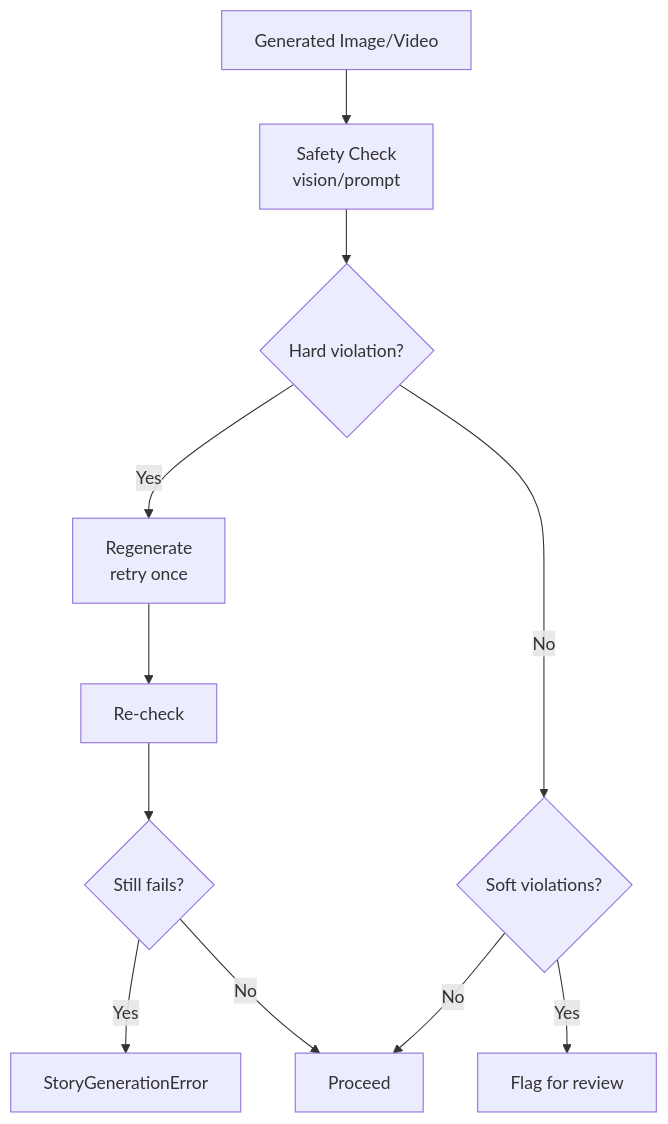
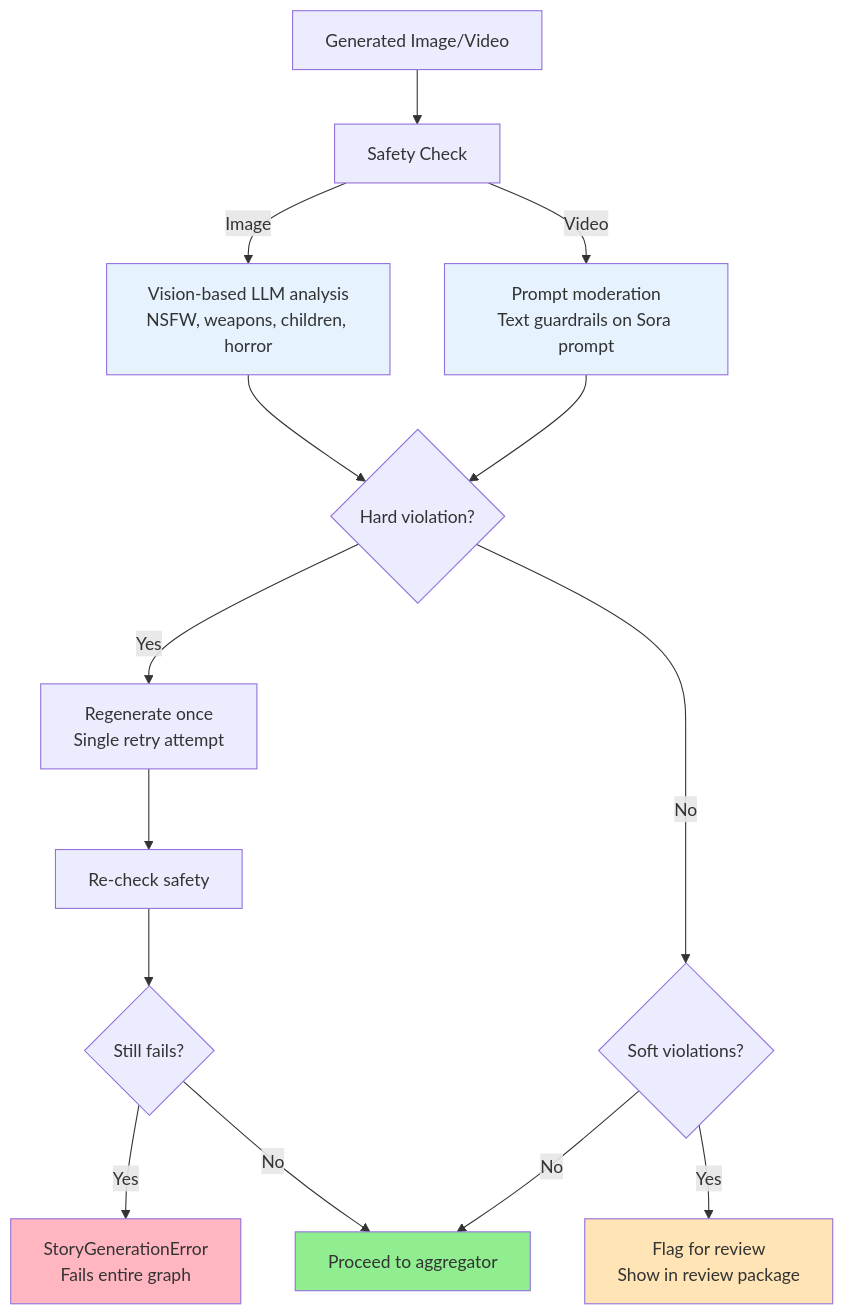
Before and after one commit to kanavkalra-in/kids_story_agent: the third of 3 diagrams in docs/guardrails.md, drawn with Mermaid. The commit also changed other lines of this file and 3 other files, not shown here.

````diff
--- a/docs/guardrails.md
+++ b/docs/guardrails.md
@@ -427,13 +434,24 @@
 ```mermaid
 graph TD
-    START["Generated Image/Video"] --> CHECK["Safety Check<br/>vision/prompt"]
-    CHECK --> HARD_CHECK{"Hard violation?"}
-    HARD_CHECK -->|Yes| RETRY["Regenerate<br/>retry once"]
-    RETRY --> RE_CHECK["Re-check"]
+    START["Generated Image/Video"] --> CHECK["Safety Check"]
+    CHECK -->|Image| IMG_CHECK["Vision-based LLM analysis<br/>NSFW, weapons, children, horror"]
+    CHECK -->|Video| VID_CHECK["Prompt moderation<br/>Text guardrails on Sora prompt"]
+    
+    IMG_CHECK --> HARD_CHECK{"Hard violation?"}
+    VID_CHECK --> HARD_CHECK
+    
+    HARD_CHECK -->|Yes| RETRY["Regenerate once<br/>Single retry attempt"]
+    RETRY --> RE_CHECK["Re-check safety"]
     RE_CHECK --> STILL_FAILS{"Still fails?"}
-    STILL_FAILS -->|Yes| ERROR["StoryGenerationError"]
-    STILL_FAILS -->|No| PROCEED["Proceed"]
+    STILL_FAILS -->|Yes| ERROR["StoryGenerationError<br/>Fails entire graph"]
+    STILL_FAILS -->|No| PROCEED["Proceed to aggregator"]
     HARD_CHECK -->|No| SOFT_CHECK{"Soft violations?"}
-    SOFT_CHECK -->|Yes| FLAG["Flag for review"]
+    SOFT_CHECK -->|Yes| FLAG["Flag for review<br/>Show in review package"]
     SOFT_CHECK -->|No| PROCEED
+    
+    style IMG_CHECK fill:#E6F3FF
+    style VID_CHECK fill:#E6F3FF
+    style ERROR fill:#FFB6C1
+    style FLAG fill:#FFE4B5
+    style PROCEED fill:#90EE90
 ```
````
